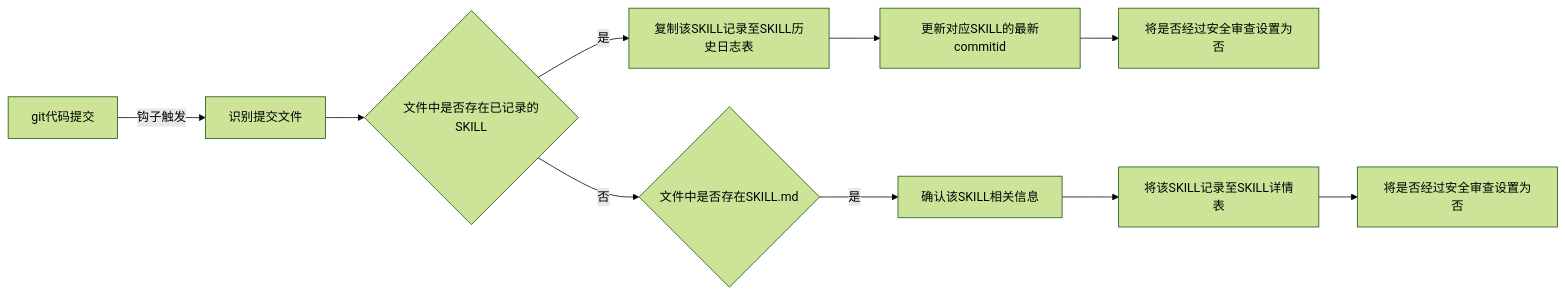
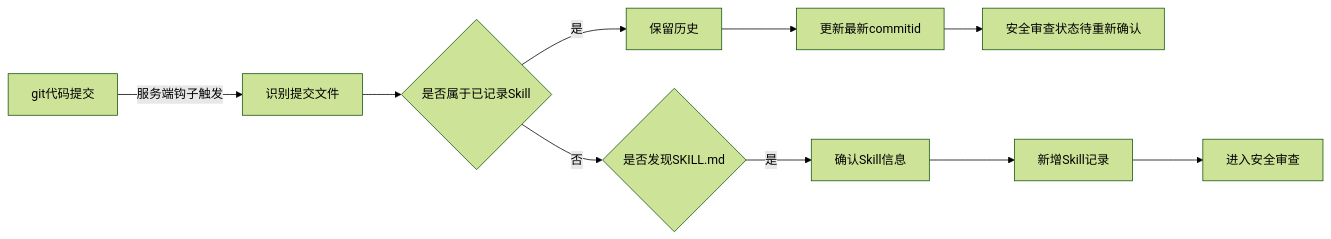
One commit to Chenzy-zero/SkillHub changed the first of 2 diagrams in docs/08-current-flow-reproduction.md. Above: the diagram before and after it, drawn with Mermaid (forest theme). The commit also changed other lines of this file, not shown here.

Commit message:
docs: update current Skill review flow to v0.2 model

````diff
--- a/docs/08-current-flow-reproduction.md
+++ b/docs/08-current-flow-reproduction.md
@@ -19,14 +21,12 @@
 ```mermaid
 flowchart LR
-  A[git代码提交] -->|钩子触发| B[识别提交文件]
-  B --> C{文件中是否存在已记录的SKILL}
-
-  C -->|是| D[复制该SKILL记录至SKILL历史日志表]
-  D --> E[更新对应SKILL的最新commitid]
-  E --> F[将是否经过安全审查设置为否]
-
-  C -->|否| G{文件中是否存在SKILL.md}
-  G -->|是| H[确认该SKILL相关信息]
-  H --> I[将该SKILL记录至SKILL详情表]
-  I --> J[将是否经过安全审查设置为否]
+  A[git代码提交] -->|服务端钩子触发| B[识别提交文件]
+  B --> C{是否属于已记录Skill}
+  C -->|是| D[保留历史]
+  D --> E[更新最新commitid]
+  E --> F[安全审查状态待重新确认]
+  C -->|否| G{是否发现SKILL.md}
+  G -->|是| H[确认Skill信息]
+  H --> I[新增Skill记录]
+  I --> J[进入安全审查]
 ```
````
